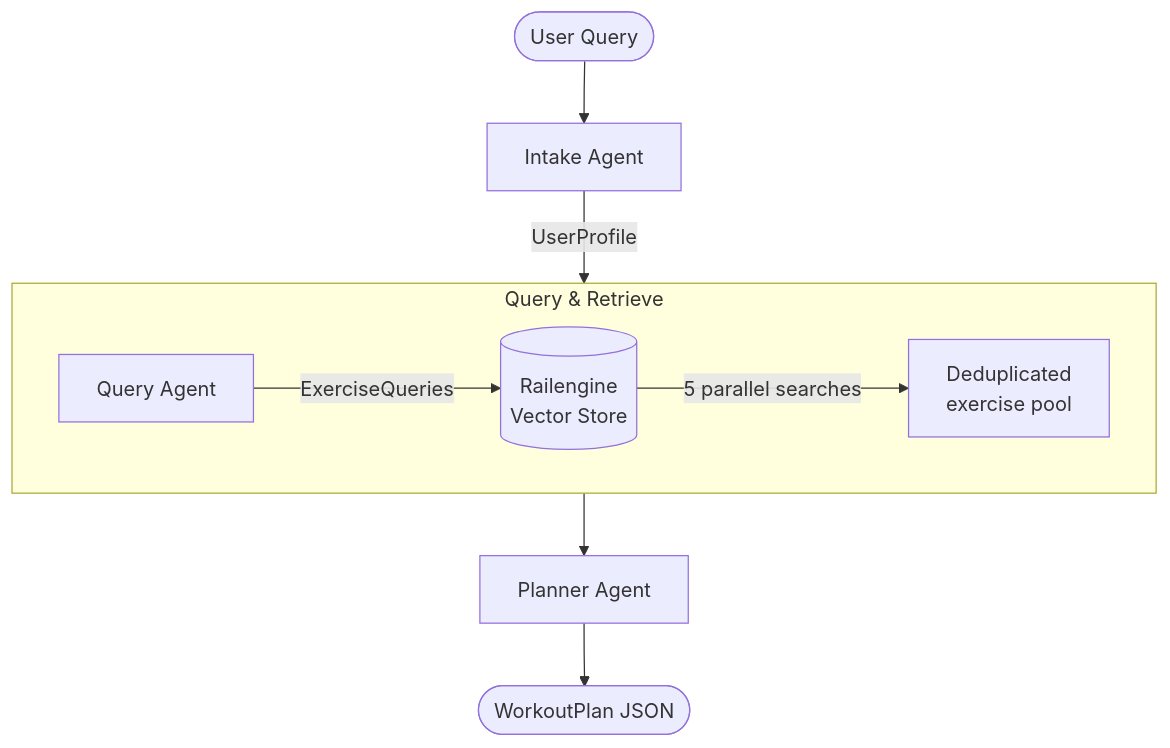
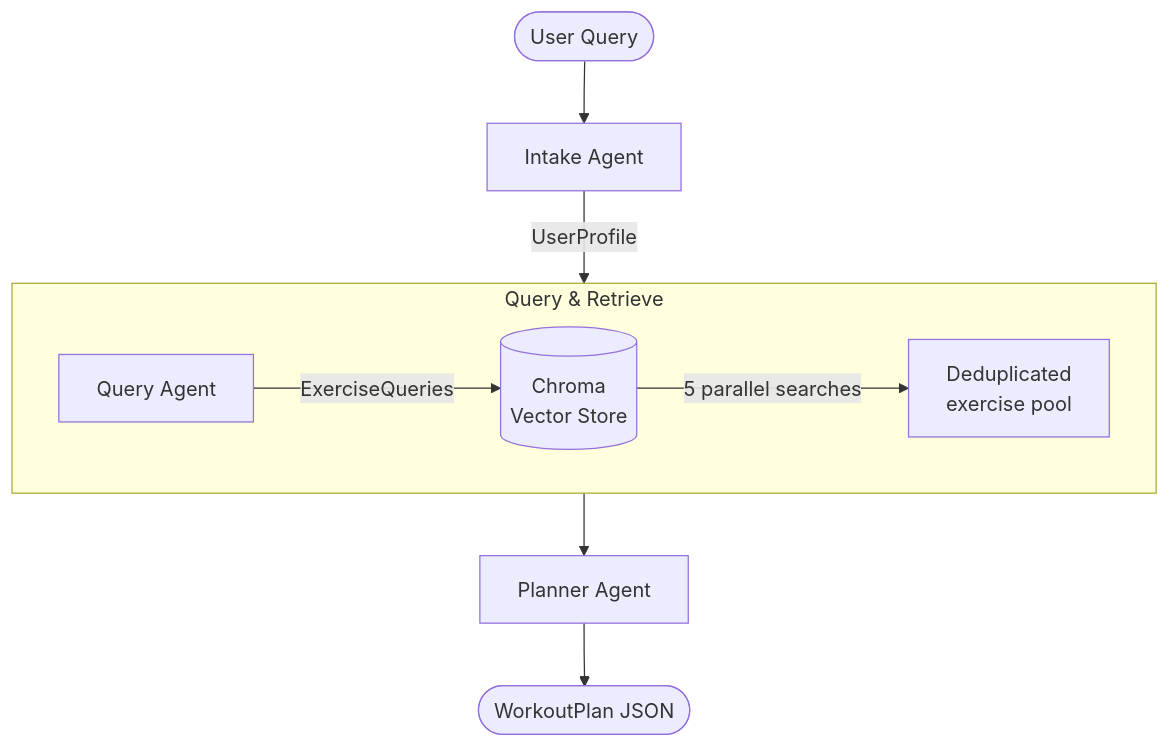
One commit to Pooria90/gym-personalizer changed the diagram in README.md. Above: the diagram before and after it, drawn with Mermaid. The commit also changed other lines of this file, not shown here.

Commit message:
Update README to reflect changes in retrieval backend and clarify usage of Chroma vector store

````diff
--- a/README.md
+++ b/README.md
@@ -14,13 +16,13 @@
 ```mermaid
 flowchart TD
     UQ([User Query]) --> IA[Intake Agent]
     IA -->|UserProfile| QR
 
     subgraph QR[Query & Retrieve]
-        QA[Query Agent] -->|ExerciseQueries| VS[(Railengine\nVector Store)]
+        QA[Query Agent] -->|ExerciseQueries| VS[(Chroma\nVector Store)]
         VS -->|5 parallel searches| DP[Deduplicated\nexercise pool]
     end
 
     QR --> PA[Planner Agent]
     PA --> WP([WorkoutPlan JSON])
 ```
````
